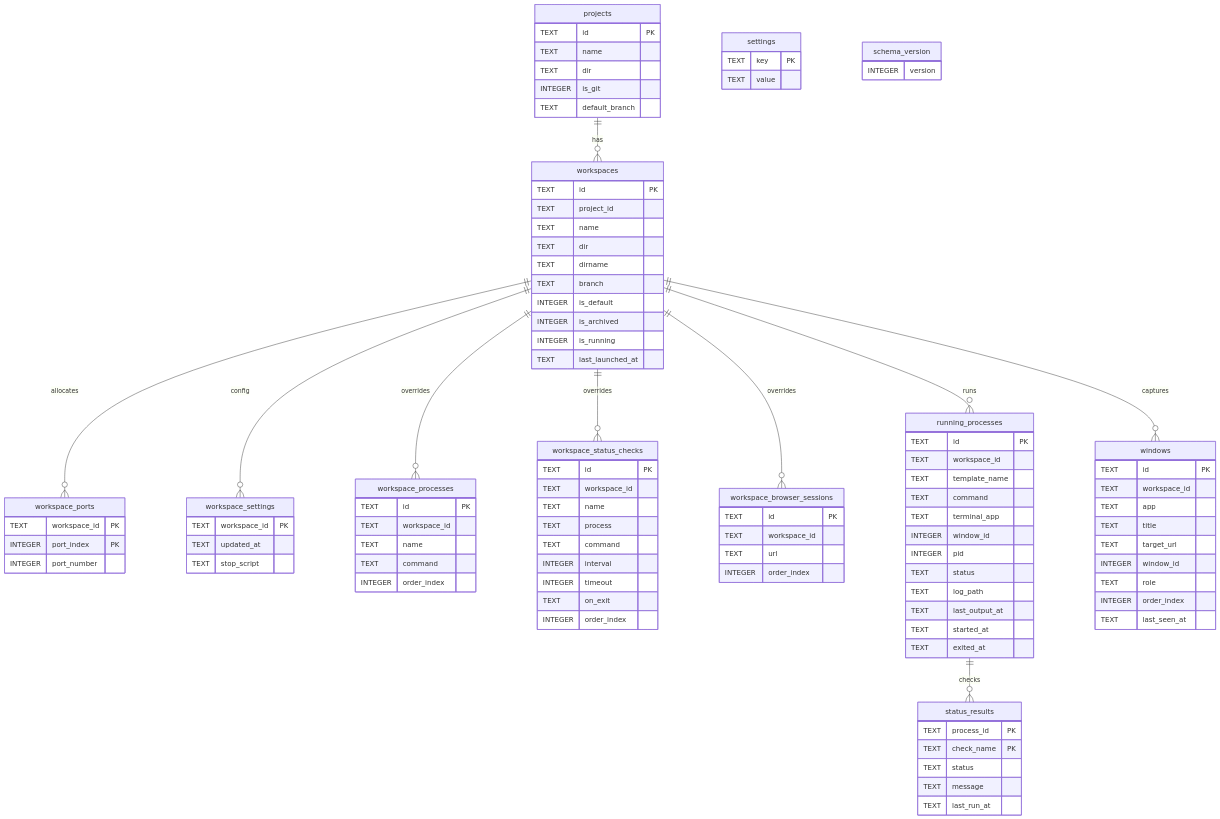
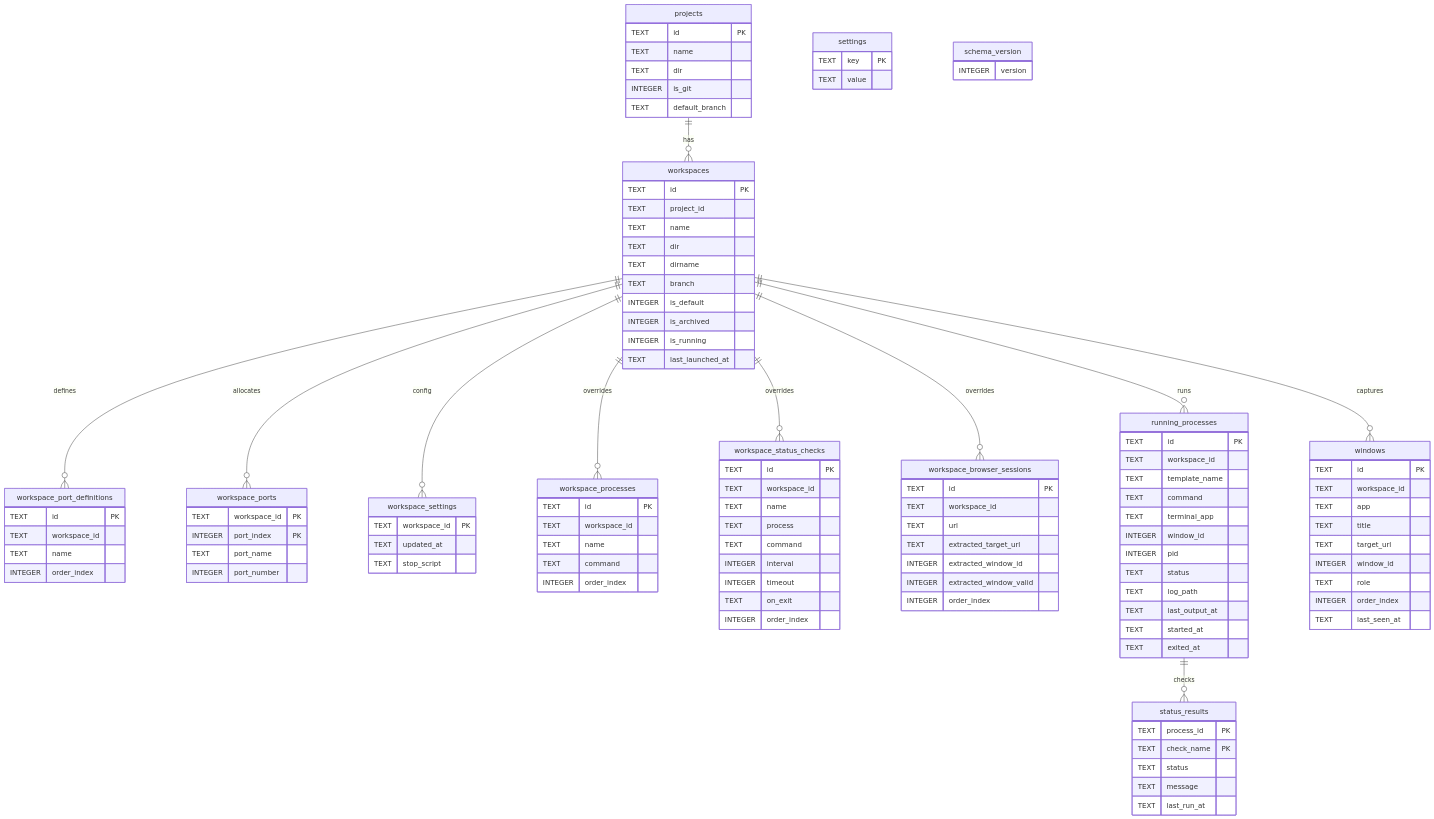
One commit to yogesh-dhande/spaces changed the second of 5 diagrams in apps/macos/docs/architecture.md. Above: the diagram before and after it, drawn with Mermaid. The commit also changed other lines of this file and 69 other files, not shown here.

````diff
--- a/apps/macos/docs/architecture.md
+++ b/apps/macos/docs/architecture.md
@@ -80,6 +87,7 @@
 ```mermaid
 erDiagram
   projects ||--o{ workspaces : has
+  workspaces ||--o{ workspace_port_definitions : defines
   workspaces ||--o{ workspace_ports : allocates
   workspaces ||--o{ workspace_settings : config
   workspaces ||--o{ workspace_processes : overrides
@@ -110,9 +118,17 @@
     TEXT last_launched_at
   }
 
+  workspace_port_definitions {
+    TEXT id PK
+    TEXT workspace_id
+    TEXT name
+    INTEGER order_index
+  }
+
   workspace_ports {
     TEXT workspace_id PK
     INTEGER port_index PK
+    TEXT port_name
     INTEGER port_number
   }
 
@@ -146,6 +162,9 @@
     TEXT id PK
     TEXT workspace_id
     TEXT url
+    TEXT extracted_target_url
+    INTEGER extracted_window_id
+    INTEGER extracted_window_valid
     INTEGER order_index
   }
 
````
